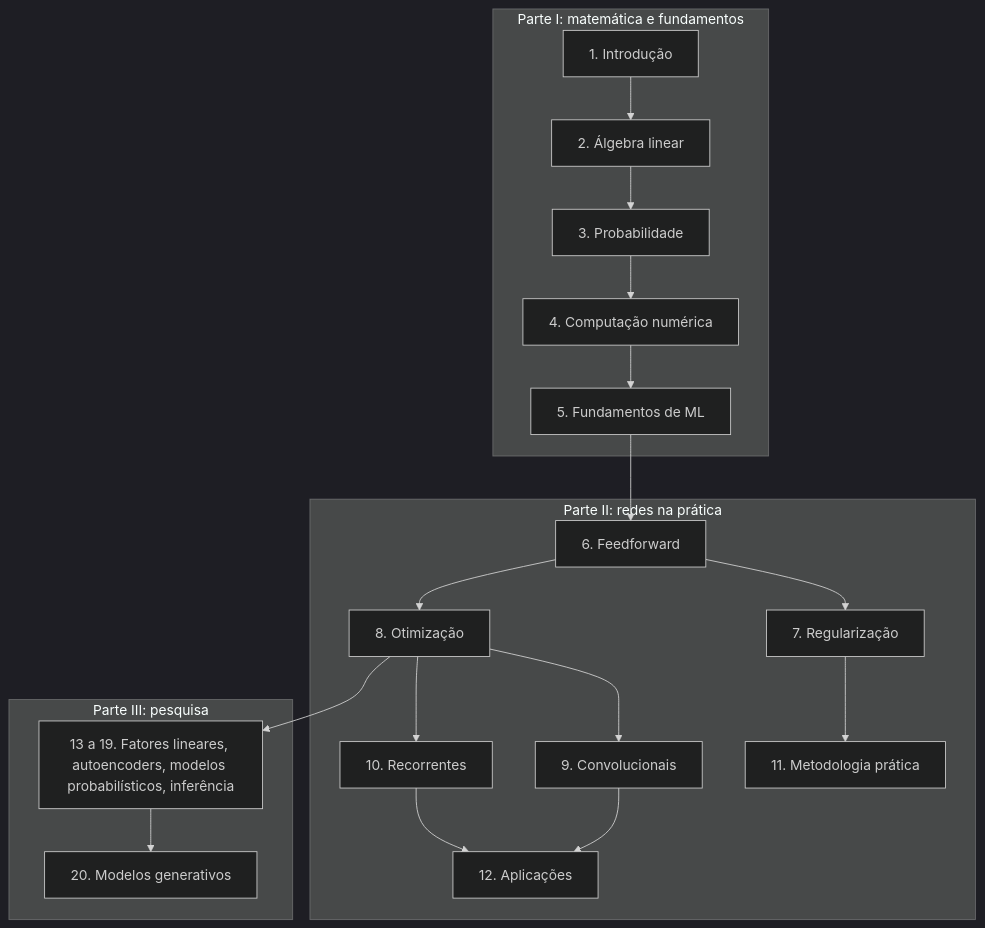
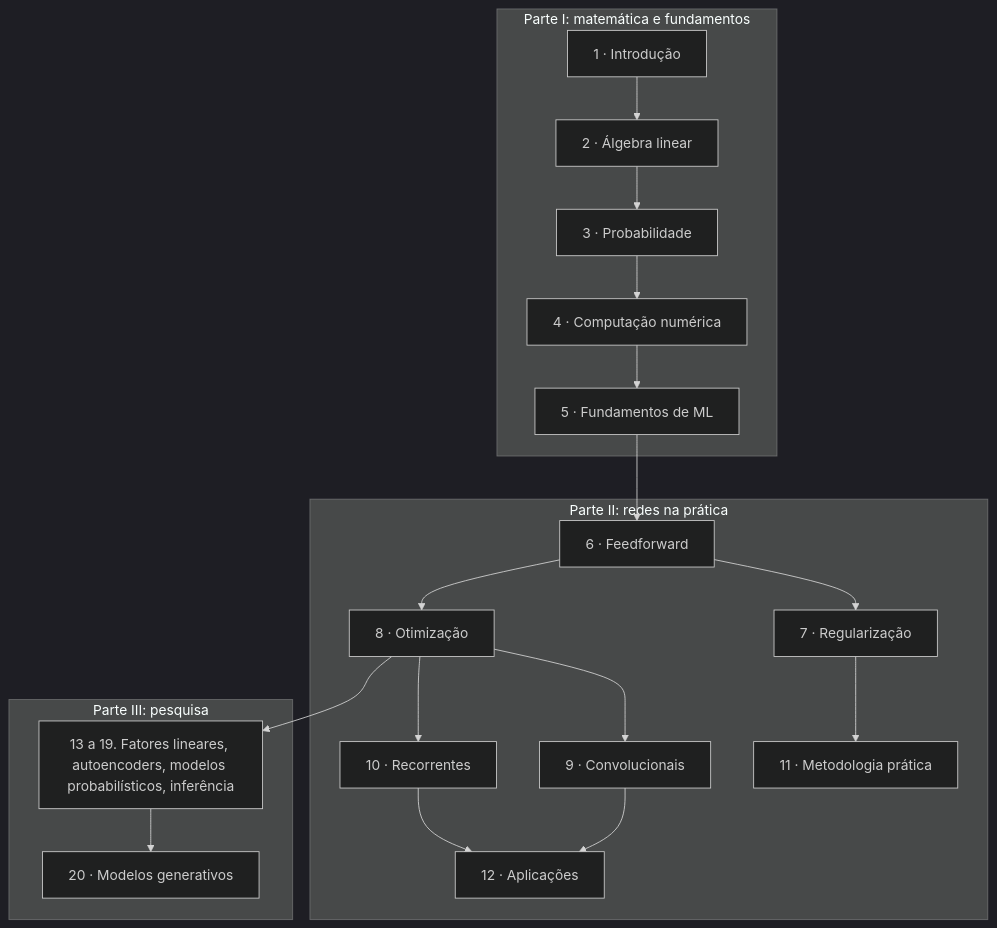
Before and after one commit to ogatalars/guia_software_engineering_teorico: the diagram in content/pt-br/ia/deep-learning/index.md, drawn with Mermaid (dark theme). The commit also changed 12 other files, not shown here.

First line of the commit message:
fix(content): corrige diagramas Mermaid com rótulos iniciados por 'N.'

````diff
--- a/content/pt-br/ia/deep-learning/index.md
+++ b/content/pt-br/ia/deep-learning/index.md
@@ -31,23 +31,23 @@
 ```mermaid
 flowchart TB
     subgraph P1["Parte I: matemática e fundamentos"]
-        C1["1. Introdução"] --> C2["2. Álgebra linear"]
-        C2 --> C3["3. Probabilidade"]
-        C3 --> C4["4. Computação numérica"]
-        C4 --> C5["5. Fundamentos de ML"]
+        C1["1 · Introdução"] --> C2["2 · Álgebra linear"]
+        C2 --> C3["3 · Probabilidade"]
+        C3 --> C4["4 · Computação numérica"]
+        C4 --> C5["5 · Fundamentos de ML"]
     end
     subgraph P2["Parte II: redes na prática"]
-        C6["6. Feedforward"] --> C7["7. Regularização"]
-        C6 --> C8["8. Otimização"]
-        C8 --> C9["9. Convolucionais"]
-        C8 --> C10["10. Recorrentes"]
-        C7 --> C11["11. Metodologia prática"]
-        C9 --> C12["12. Aplicações"]
+        C6["6 · Feedforward"] --> C7["7 · Regularização"]
+        C6 --> C8["8 · Otimização"]
+        C8 --> C9["9 · Convolucionais"]
+        C8 --> C10["10 · Recorrentes"]
+        C7 --> C11["11 · Metodologia prática"]
+        C9 --> C12["12 · Aplicações"]
         C10 --> C12
     end
     subgraph P3["Parte III: pesquisa"]
-        C13["13 a 19. Fatores lineares, autoencoders, modelos probabilísticos, inferência"] --> C20["20. Modelos generativos"]
+        C13["13 a 19. Fatores lineares, autoencoders, modelos probabilísticos, inferência"] --> C20["20 · Modelos generativos"]
     end
     C5 --> C6
     C8 --> C13
 ```
````
